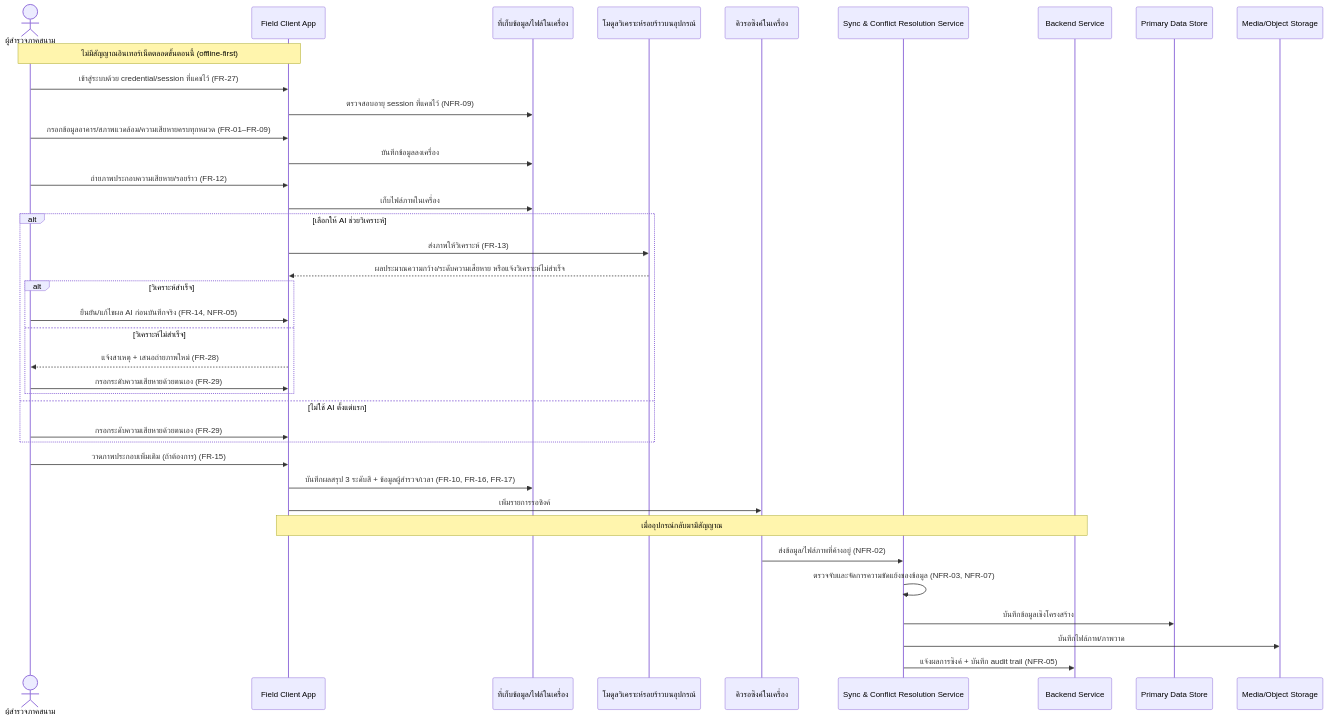
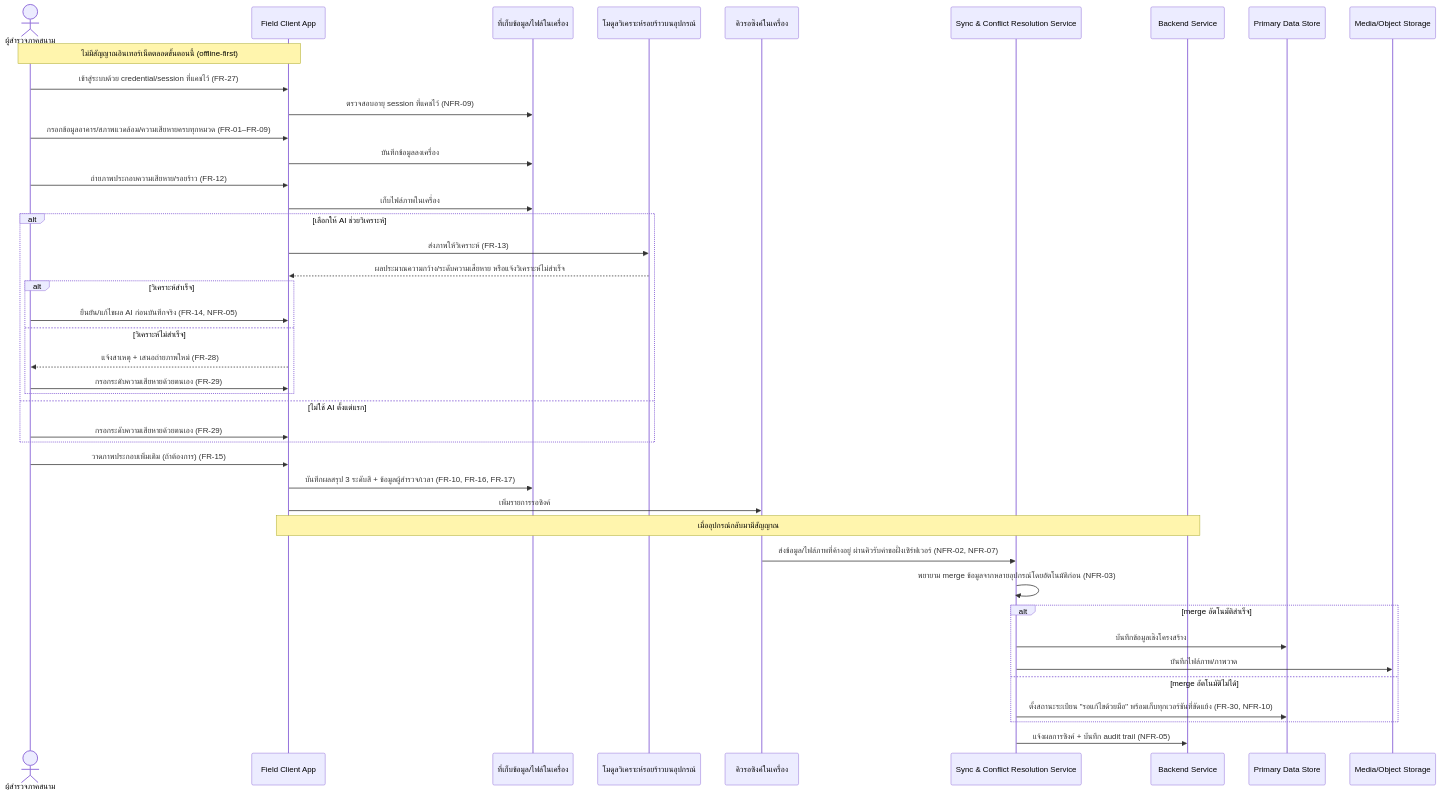
One commit to sirikorn-cmru/CrackAI-Field changed the second of 5 diagrams in docs/02-design/02-technical/architecture.md. Above: the diagram before and after it, drawn with Mermaid. The commit also changed other lines of this file and 1 other file, not shown here.

First line of the commit message:
docs: ขยาย architecture รองรับ FR-30/31/NFR-10 และปิดช่องว่าง NFR-07

````diff
--- a/docs/02-design/02-technical/architecture.md
+++ b/docs/02-design/02-technical/architecture.md
@@ -84,41 +92,45 @@
 ```mermaid
 sequenceDiagram
     actor FS as ผู้สำรวจภาคสนาม
     participant FC as Field Client App
     participant LocalDB as ที่เก็บข้อมูล/ไฟล์ในเครื่อง
     participant AIL as โมดูลวิเคราะห์รอยร้าวบนอุปกรณ์
     participant Queue as คิวรอซิงค์ในเครื่อง
     participant Sync as Sync & Conflict Resolution Service
     participant BE as Backend Service
     participant DB as Primary Data Store
     participant Media as Media/Object Storage
 
     Note over FS,FC: ไม่มีสัญญาณอินเทอร์เน็ตตลอดขั้นตอนนี้ (offline-first)
     FS->>FC: เข้าสู่ระบบด้วย credential/session ที่แคชไว้ (FR-27)
     FC->>LocalDB: ตรวจสอบอายุ session ที่แคชไว้ (NFR-09)
     FS->>FC: กรอกข้อมูลอาคาร/สภาพแวดล้อม/ความเสียหายครบทุกหมวด (FR-01–FR-09)
     FC->>LocalDB: บันทึกข้อมูลลงเครื่อง
     FS->>FC: ถ่ายภาพประกอบความเสียหาย/รอยร้าว (FR-12)
     FC->>LocalDB: เก็บไฟล์ภาพในเครื่อง
     alt เลือกให้ AI ช่วยวิเคราะห์
         FC->>AIL: ส่งภาพให้วิเคราะห์ (FR-13)
         AIL-->>FC: ผลประมาณความกว้าง/ระดับความเสียหาย หรือแจ้งวิเคราะห์ไม่สำเร็จ
         alt วิเคราะห์สำเร็จ
             FS->>FC: ยืนยัน/แก้ไขผล AI ก่อนบันทึกจริง (FR-14, NFR-05)
         else วิเคราะห์ไม่สำเร็จ
             FC-->>FS: แจ้งสาเหตุ + เสนอถ่ายภาพใหม่ (FR-28)
             FS->>FC: กรอกระดับความเสียหายด้วยตนเอง (FR-29)
         end
     else ไม่ใช้ AI ตั้งแต่แรก
         FS->>FC: กรอกระดับความเสียหายด้วยตนเอง (FR-29)
     end
     FS->>FC: วาดภาพประกอบเพิ่มเติม (ถ้าต้องการ) (FR-15)
     FC->>LocalDB: บันทึกผลสรุป 3 ระดับสี + ข้อมูลผู้สำรวจ/เวลา (FR-10, FR-16, FR-17)
     FC->>Queue: เพิ่มรายการรอซิงค์
     Note over FC,BE: เมื่ออุปกรณ์กลับมามีสัญญาณ
-    Queue->>Sync: ส่งข้อมูล/ไฟล์ภาพที่ค้างอยู่ (NFR-02)
-    Sync->>Sync: ตรวจจับและจัดการความขัดแย้งของข้อมูล (NFR-03, NFR-07)
-    Sync->>DB: บันทึกข้อมูลเชิงโครงสร้าง
-    Sync->>Media: บันทึกไฟล์ภาพ/ภาพวาด
+    Queue->>Sync: ส่งข้อมูล/ไฟล์ภาพที่ค้างอยู่ ผ่านคิวรับคำขอฝั่งเซิร์ฟเวอร์ (NFR-02, NFR-07)
+    Sync->>Sync: พยายาม merge ข้อมูลจากหลายอุปกรณ์โดยอัตโนมัติก่อน (NFR-03)
+    alt merge อัตโนมัติสำเร็จ
+        Sync->>DB: บันทึกข้อมูลเชิงโครงสร้าง
+        Sync->>Media: บันทึกไฟล์ภาพ/ภาพวาด
+    else merge อัตโนมัติไม่ได้
+        Sync->>DB: ตั้งสถานะระเบียน "รอแก้ไขด้วยมือ" พร้อมเก็บทุกเวอร์ชันที่ขัดแย้ง (FR-30, NFR-10)
+    end
     Sync->>BE: แจ้งผลการซิงค์ + บันทึก audit trail (NFR-05)
 ```
````
